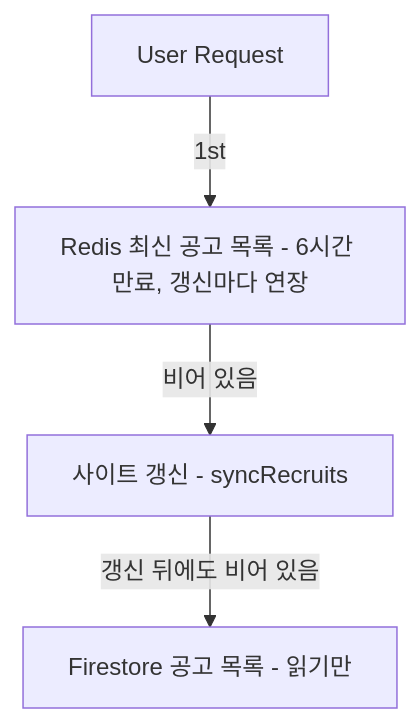
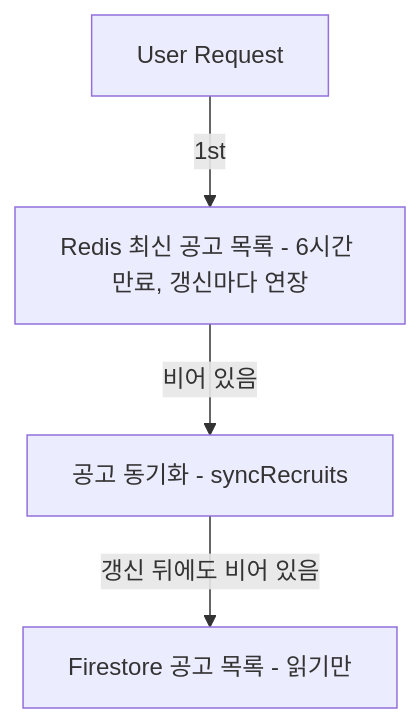
The third of 3 diagrams in .claude/docs/ARCHITECTURE.md (jscht/sria-notify-discord), drawn with Mermaid before and after one commit. The commit also changed other lines of this file and 9 other files, not shown here.

````diff
--- a/.claude/docs/ARCHITECTURE.md
+++ b/.claude/docs/ARCHITECTURE.md
@@ -182,6 +178,6 @@
 ```mermaid
 graph TD
     Req[User Request] -->|1st| Redis[Redis 최신 공고 목록 - 6시간 만료, 갱신마다 연장]
-    Redis -->|비어 있음| Sync[사이트 갱신 - syncRecruits]
+    Redis -->|비어 있음| Sync[공고 동기화 - syncRecruits]
     Sync -->|갱신 뒤에도 비어 있음| FS[Firestore 공고 목록 - 읽기만]
 ```
````
